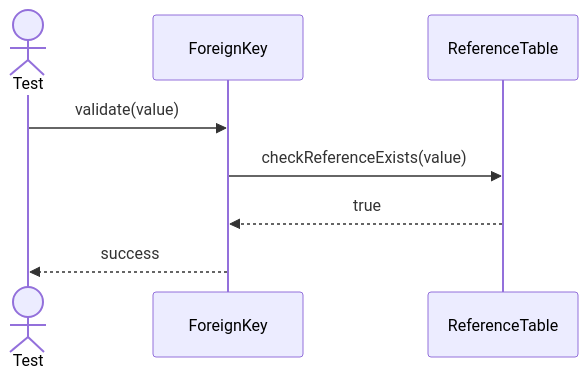
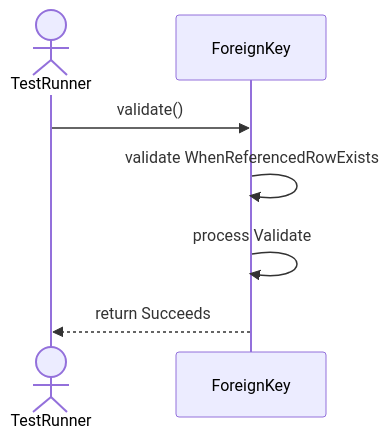
Before and after one commit to TamBui1706/DBMS: the first of 6 diagrams in Sequences/DatabaseObjectManagement/ForeignKey.md, drawn with Mermaid. The commit also changed other lines of this file and 63 other files, not shown here.

Commit message:
Draw sequence diagram for unit tests

````diff
--- a/Sequences/DatabaseObjectManagement/ForeignKey.md
+++ b/Sequences/DatabaseObjectManagement/ForeignKey.md
@@ -15,11 +20,9 @@
 ```mermaid
 sequenceDiagram
-    actor Test
+    actor TestRunner
     participant ForeignKey
-    participant ReferenceTable
-
-    Test->>ForeignKey: validate(value)
-    ForeignKey->>ReferenceTable: checkReferenceExists(value)
-    ReferenceTable-->>ForeignKey: true
-    ForeignKey-->>Test: success
+    TestRunner->>ForeignKey: validate()
+    ForeignKey->>ForeignKey: validate WhenReferencedRowExists
+    ForeignKey->>ForeignKey: process Validate
+    ForeignKey-->>TestRunner: return Succeeds
 ```
````
